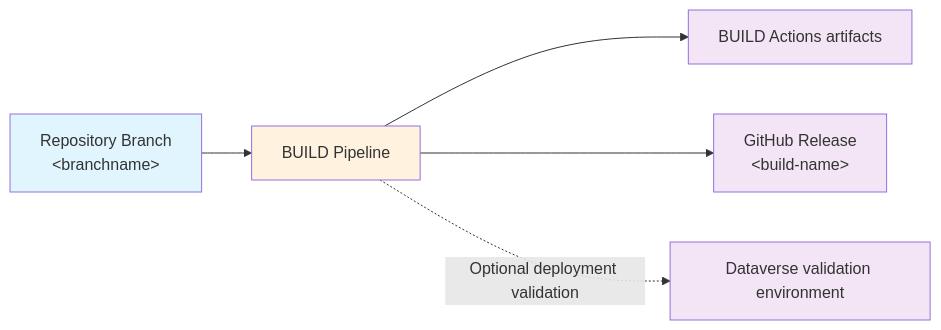
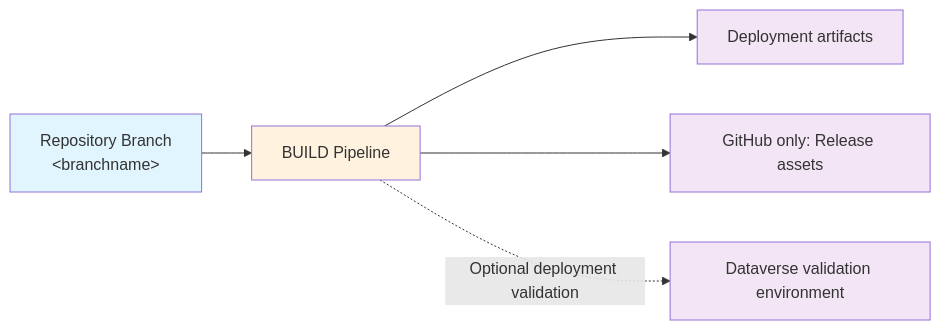
The diagram in docs/usage/building-releases.md (robwood-TTECDigital/ALM4Dataverse), drawn with Mermaid before and after one commit. The commit also changed other lines of this file and 32 other files, not shown here.

````diff
--- a/docs/usage/building-releases.md
+++ b/docs/usage/building-releases.md
@@ -4,13 +3,13 @@
 ```mermaid
 flowchart LR
     A[Repository Branch<br/>&lt;branchname&gt;] --> B[BUILD Pipeline]
-    B --> C[BUILD Actions artifacts]
-    B --> D[GitHub Release<br/>&lt;build-name&gt;]
+    B --> C[Deployment artifacts]
+    B --> D[GitHub only: Release assets]
     B -. Optional deployment validation .-> E[Dataverse validation environment]
 
     style A fill:#e1f5fe
     style C fill:#f3e5f5
     style D fill:#f3e5f5
     style E fill:#f3e5f5
     style B fill:#fff3e0
 ```
````
